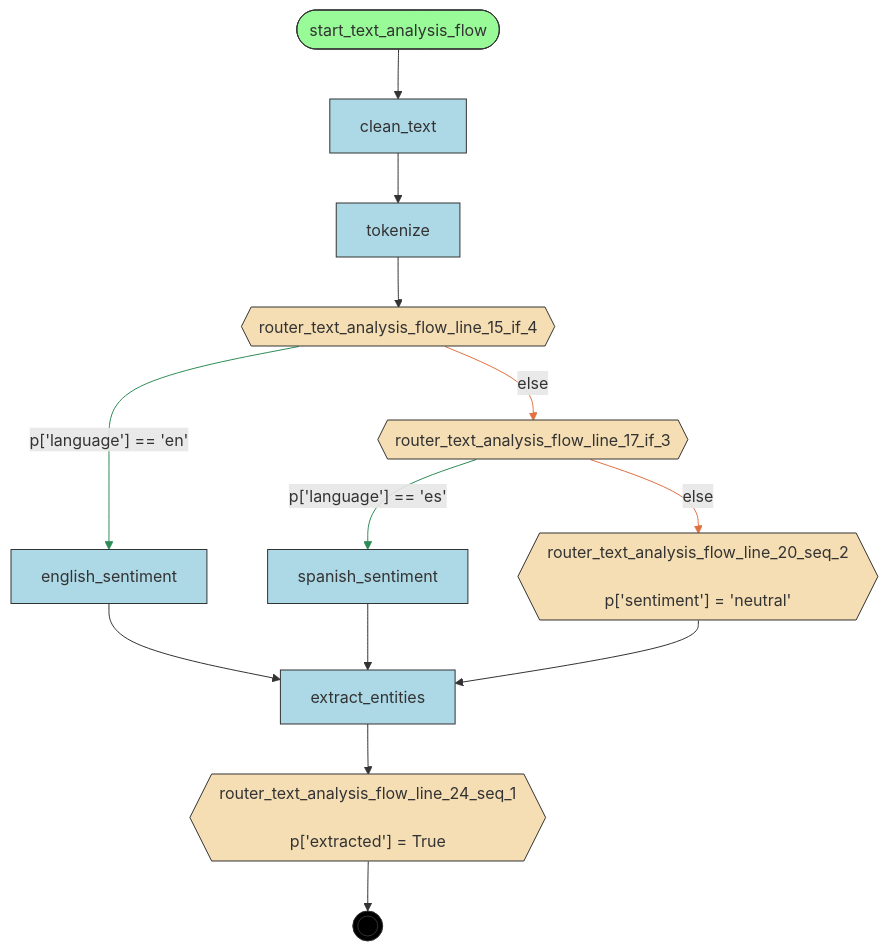
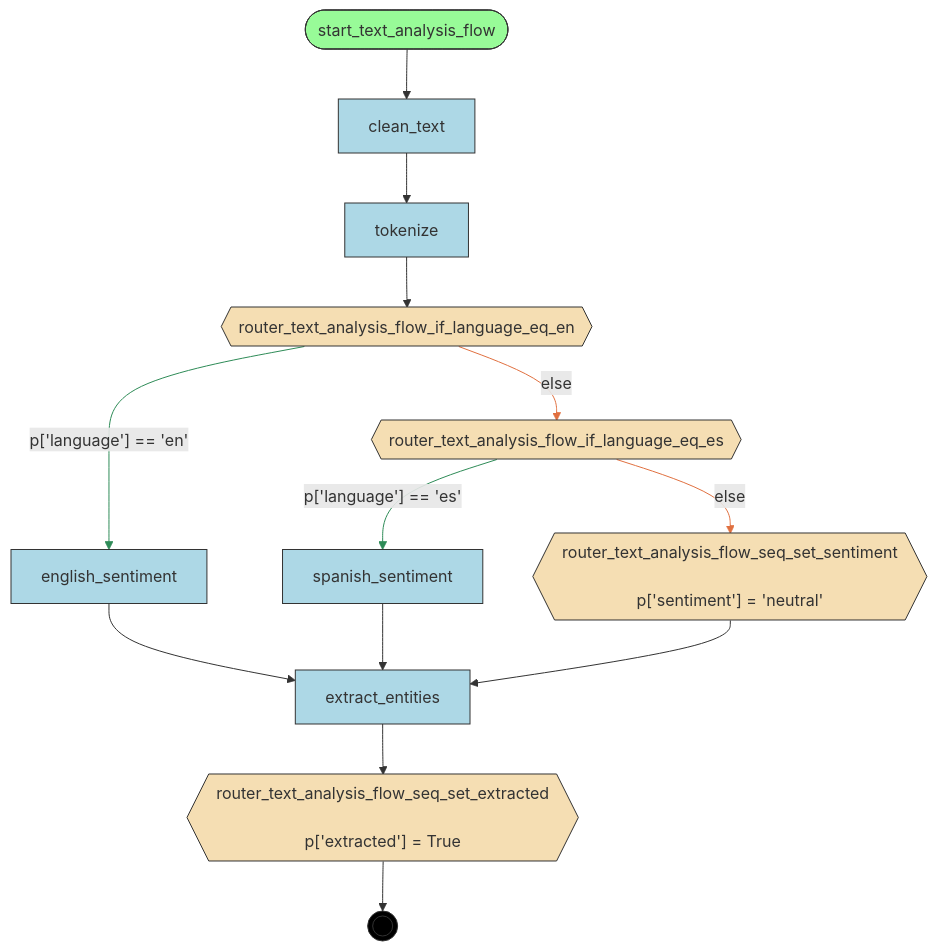
The diagram in examples/flows/compiled/text_analysis_flow/flow.mmd (deliveryhero/asya), drawn with Mermaid before and after one commit. The commit also changed 1078 other files, not shown here.

First line of the commit message:
feat(compiler): semantic router naming — AST-based instead of line-number-based [tos9]

```diff
--- a/examples/flows/compiled/text_analysis_flow/flow.mmd
+++ b/examples/flows/compiled/text_analysis_flow/flow.mmd
@@ -1,39 +1,39 @@
 flowchart TD
     %% Flow: text_analysis_flow
 
     clean_text[clean_text]
     english_sentiment[english_sentiment]
     extract_entities[extract_entities]
-    router_text_analysis_flow_line_15_if_4{{router_text_analysis_flow_line_15_if_4}}
-    router_text_analysis_flow_line_17_if_3{{router_text_analysis_flow_line_17_if_3}}
-    router_text_analysis_flow_line_20_seq_2{{"router_text_analysis_flow_line_20_seq_2<br/><br/>p['sentiment'] = 'neutral'"}}
-    router_text_analysis_flow_line_24_seq_1{{"router_text_analysis_flow_line_24_seq_1<br/><br/>p['extracted'] = True"}}
+    router_text_analysis_flow_if_language_eq_en{{router_text_analysis_flow_if_language_eq_en}}
+    router_text_analysis_flow_if_language_eq_es{{router_text_analysis_flow_if_language_eq_es}}
+    router_text_analysis_flow_seq_set_extracted{{"router_text_analysis_flow_seq_set_extracted<br/><br/>p['extracted'] = True"}}
+    router_text_analysis_flow_seq_set_sentiment{{"router_text_analysis_flow_seq_set_sentiment<br/><br/>p['sentiment'] = 'neutral'"}}
     spanish_sentiment[spanish_sentiment]
     start_text_analysis_flow([start_text_analysis_flow])
     tokenize[tokenize]
     __end__((( )))
 
     start_text_analysis_flow --> clean_text
     clean_text --> tokenize
-    tokenize --> router_text_analysis_flow_line_15_if_4
-    router_text_analysis_flow_line_17_if_3 -->|"p['language'] == 'es'"| spanish_sentiment
-    router_text_analysis_flow_line_17_if_3 -->|"else"| router_text_analysis_flow_line_20_seq_2
-    router_text_analysis_flow_line_15_if_4 -->|"p['language'] == 'en'"| english_sentiment
+    tokenize --> router_text_analysis_flow_if_language_eq_en
+    router_text_analysis_flow_if_language_eq_es -->|"p['language'] == 'es'"| spanish_sentiment
+    router_text_analysis_flow_if_language_eq_es -->|"else"| router_text_analysis_flow_seq_set_sentiment
+    router_text_analysis_flow_if_language_eq_en -->|"p['language'] == 'en'"| english_sentiment
     english_sentiment --> extract_entities
-    extract_entities --> router_text_analysis_flow_line_24_seq_1
-    router_text_analysis_flow_line_15_if_4 -->|"else"| router_text_analysis_flow_line_17_if_3
+    extract_entities --> router_text_analysis_flow_seq_set_extracted
+    router_text_analysis_flow_if_language_eq_en -->|"else"| router_text_analysis_flow_if_language_eq_es
     spanish_sentiment --> extract_entities
-    router_text_analysis_flow_line_20_seq_2 --> extract_entities
-    router_text_analysis_flow_line_24_seq_1 --> __end__
+    router_text_analysis_flow_seq_set_sentiment --> extract_entities
+    router_text_analysis_flow_seq_set_extracted --> __end__
 
     classDef start fill:#98FB98,stroke:#333
     classDef endnode fill:#FFA07A,stroke:#333
     classDef router fill:#F5DEB3,stroke:#333
     classDef handler fill:#ADD8E6,stroke:#333
     classDef endpoint fill:#000,stroke:#333,color:#fff
     class start_text_analysis_flow start
-    class router_text_analysis_flow_line_15_if_4,router_text_analysis_flow_line_17_if_3,router_text_analysis_flow_line_20_seq_2,router_text_analysis_flow_line_24_seq_1 router
+    class router_text_analysis_flow_if_language_eq_en,router_text_analysis_flow_if_language_eq_es,router_text_analysis_flow_seq_set_extracted,router_text_analysis_flow_seq_set_sentiment router
     class clean_text,english_sentiment,extract_entities,spanish_sentiment,tokenize handler
     class __end__ endpoint
     linkStyle 3,5 stroke:#2E8B57
     linkStyle 4,8 stroke:#E07040
```
